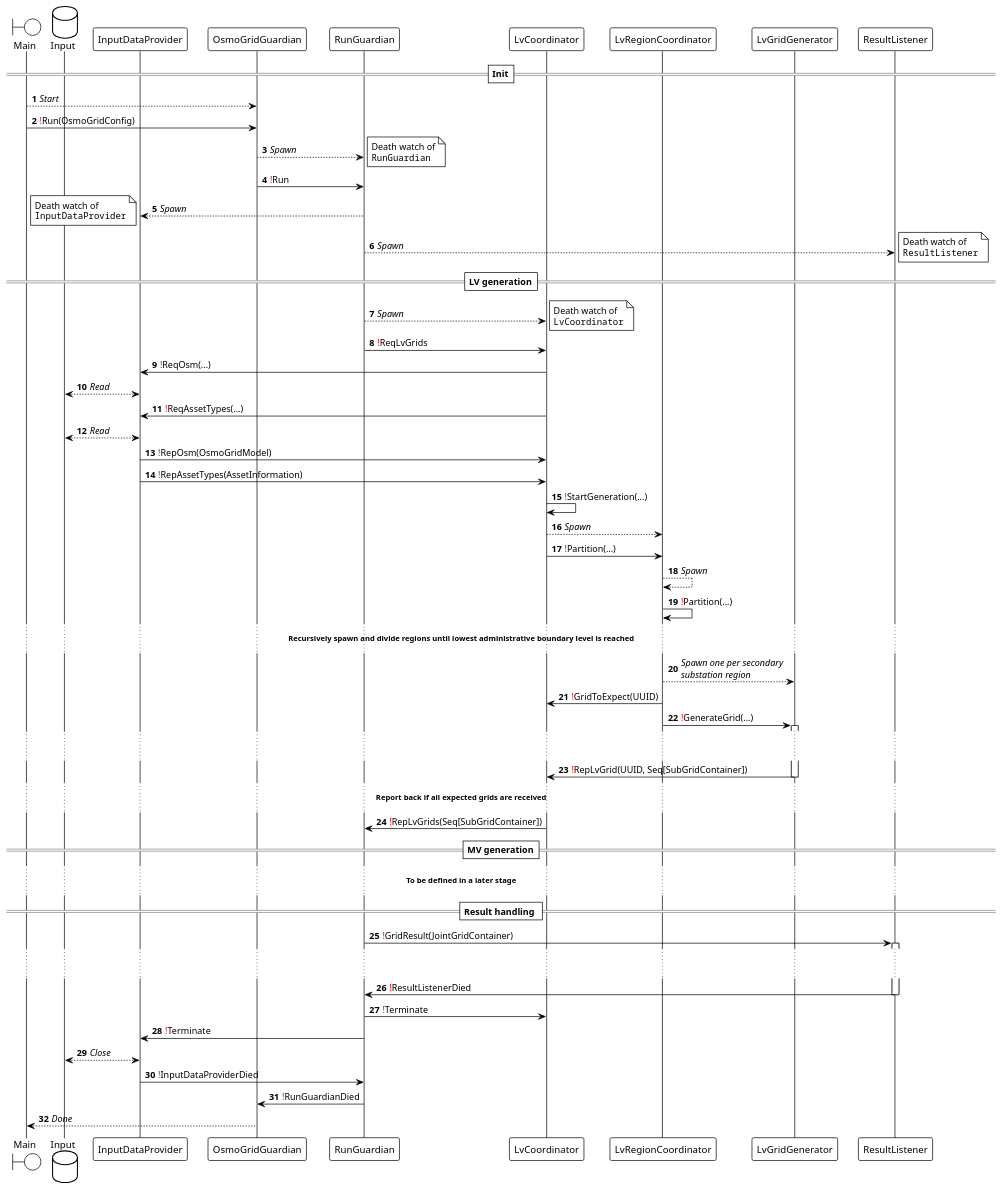
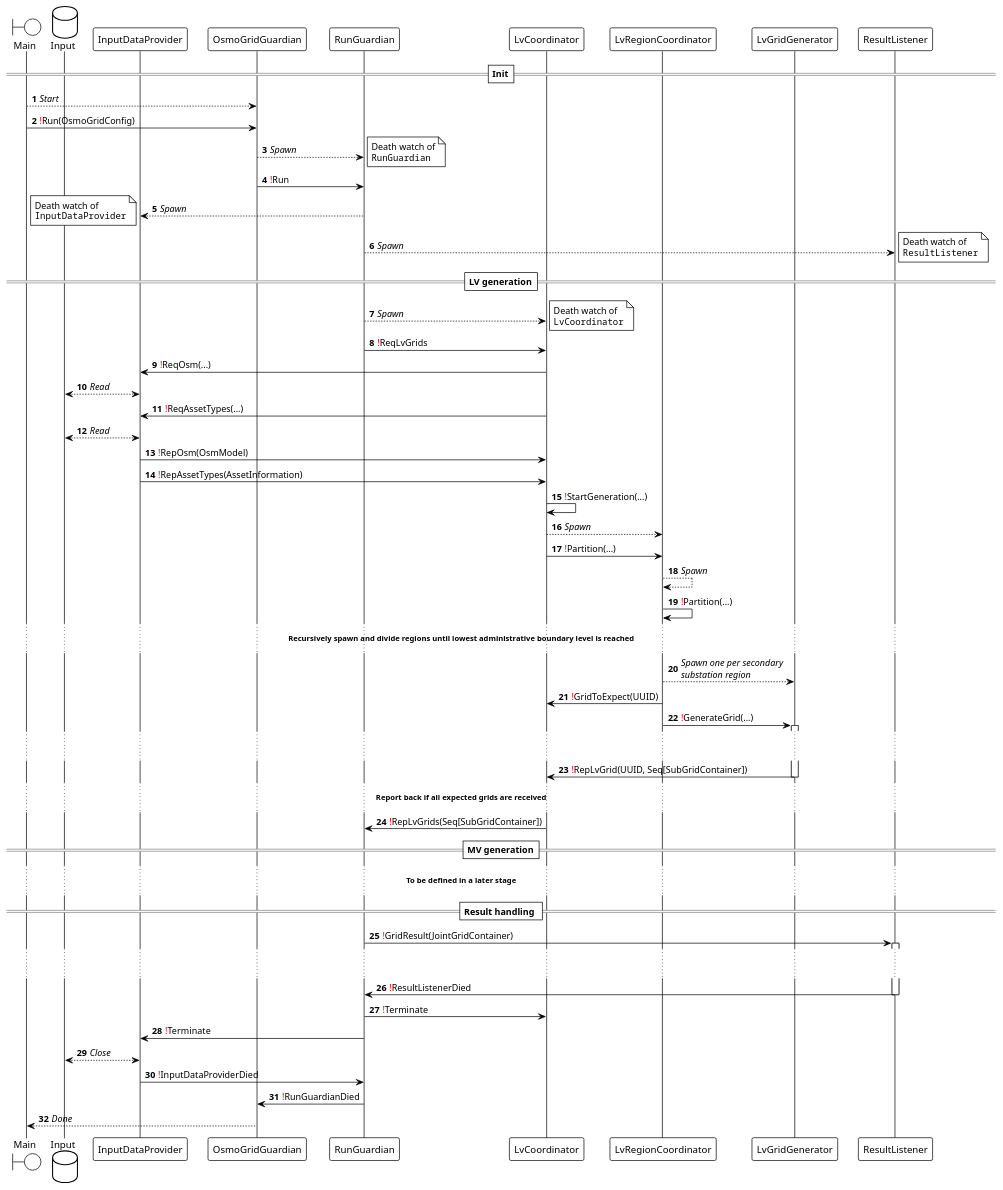
Before and after one commit to ie3-institute/OSMoGrid: the diagram in docs/puml/protocol/protocol.puml, drawn with PlantUML.

Commit message:
fix naming in puml

```diff
--- a/docs/puml/protocol/protocol.puml
+++ b/docs/puml/protocol/protocol.puml
@@ -1,76 +1,76 @@
 @startuml
 'https://plantuml.com/sequence-diagram
 
 !theme plain
 autonumber
 
 boundary Main
 database Input
 participant InputDataProvider
 participant OsmoGridGuardian
 participant RunGuardian
 participant LvCoordinator
 participant LvRegionCoordinator
 participant LvGridGenerator
 participant ResultListener
 
 ==Init==
 Main --> OsmoGridGuardian: //Start//
 Main -> OsmoGridGuardian: <font color="red">!</font>Run(OsmoGridConfig)
 OsmoGridGuardian --> RunGuardian: //Spawn//
 note right: Death watch of\n""RunGuardian""
 OsmoGridGuardian -> RunGuardian: <font color="red">!</font>Run
 RunGuardian --> InputDataProvider: //Spawn//
 
 note left: Death watch of\n""InputDataProvider""
 RunGuardian --> ResultListener: //Spawn//
 note right: Death watch of\n""ResultListener""
 
 ==LV generation==
 RunGuardian --> LvCoordinator: //Spawn//
 note right: Death watch of\n""LvCoordinator""
 RunGuardian -> LvCoordinator: <font color="red">!</font>ReqLvGrids
 LvCoordinator -> InputDataProvider: <font color="red">!</font>ReqOsm(...)
 InputDataProvider <--> Input: //Read//
 LvCoordinator -> InputDataProvider: <font color="red">!</font>ReqAssetTypes(...)
 InputDataProvider <--> Input: //Read//
-InputDataProvider -> LvCoordinator: <font color="red">!</font>RepOsm(OsmoGridModel)
+InputDataProvider -> LvCoordinator: <font color="red">!</font>RepOsm(OsmModel)
 InputDataProvider -> LvCoordinator: <font color="red">!</font>RepAssetTypes(AssetInformation)
 LvCoordinator -> LvCoordinator: <font color="red">!</font>StartGeneration(...)
 LvCoordinator --> LvRegionCoordinator: //Spawn//
 
 LvCoordinator -> LvRegionCoordinator: <font color="red">!</font>Partition(...)
 LvRegionCoordinator --> LvRegionCoordinator: //Spawn//
 LvRegionCoordinator -> LvRegionCoordinator: <font color="red">!</font>Partition(...)
 ... **Recursively spawn and divide regions until lowest administrative boundary level is reached** ...
 
 LvRegionCoordinator --> LvGridGenerator: //Spawn one per secondary//\n//substation region//
 LvRegionCoordinator -> LvCoordinator: <font color="red">!</font>GridToExpect(UUID)
 LvRegionCoordinator -> LvGridGenerator: <font color="red">!</font>GenerateGrid(...)
 
 activate LvGridGenerator
 ... ...
 LvGridGenerator -> LvCoordinator: <font color="red">!</font>RepLvGrid(UUID, Seq[SubGridContainer])
 deactivate LvGridGenerator
 
 ... **Report back if all expected grids are received** ...
 LvCoordinator -> RunGuardian: <font color="red">!</font>RepLvGrids(Seq[SubGridContainer])
 
 ==MV generation==
 ... **To be defined in a later stage** ...
 
 == Result handling ==
 RunGuardian -> ResultListener: <font color="red">!</font>GridResult(JointGridContainer)
 activate ResultListener
 ... ...
 ResultListener -> RunGuardian: <font color="red">!</font>ResultListenerDied
 deactivate ResultListener
 RunGuardian -> LvCoordinator: <font color="red">!</font>Terminate
 RunGuardian -> InputDataProvider: <font color="red">!</font>Terminate
 InputDataProvider <--> Input: //Close//
 InputDataProvider -> RunGuardian: <font color="red">!</font>InputDataProviderDied
 
 RunGuardian -> OsmoGridGuardian: <font color="red">!</font>RunGuardianDied
 OsmoGridGuardian --> Main: //Done//
 
 @enduml
```
